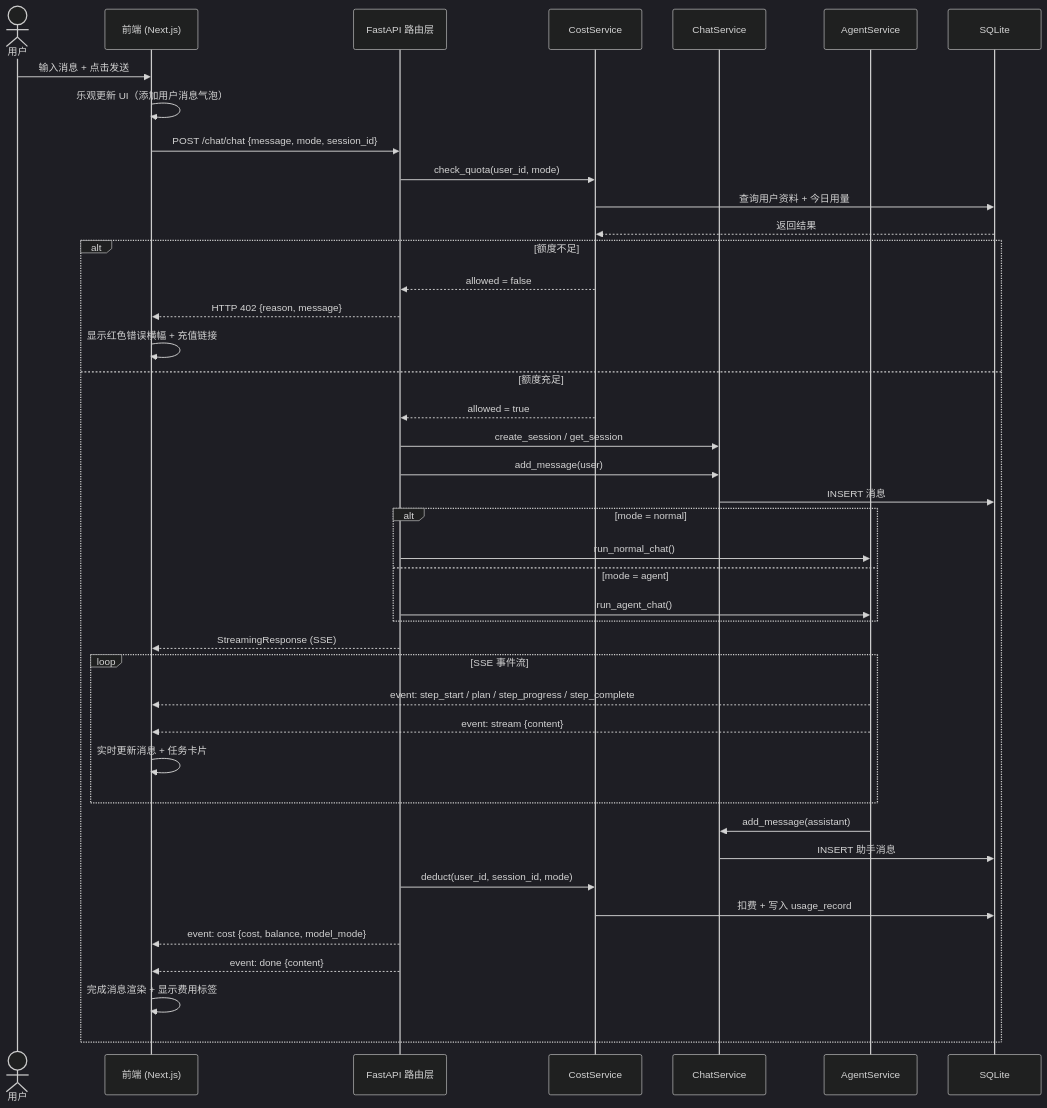
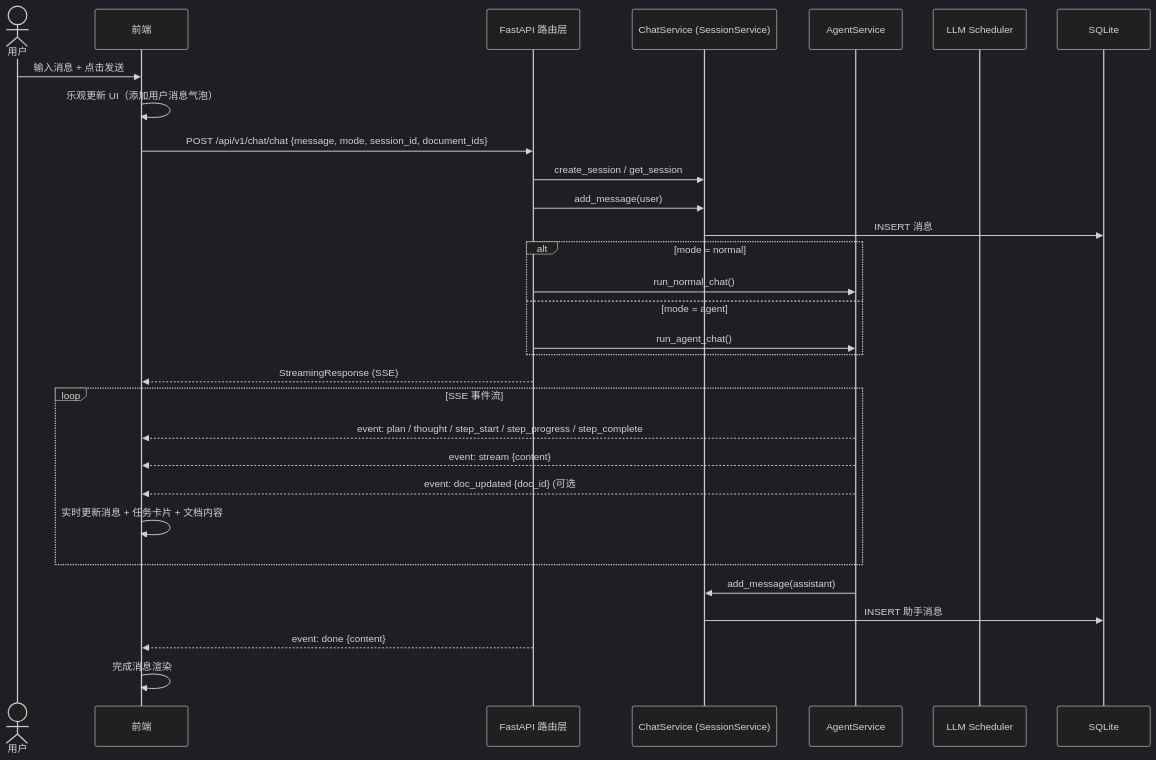
Before and after one commit to ji-xinpeng/Scholar-Agent: the fourth of 8 diagrams in docs/技术开发方案.md, drawn with Mermaid (dark theme). The commit also changed other lines of this file and 19 other files, not shown here.

````diff
--- a/docs/技术开发方案.md
+++ b/docs/技术开发方案.md
@@ -161,54 +377,41 @@
 ```mermaid
 sequenceDiagram
     actor User as 用户
     participant FE as 前端 (Next.js)
     participant API as FastAPI 路由层
-    participant Cost as CostService
-    participant Chat as ChatService
+    participant Chat as ChatService (SessionService)
     participant Agent as AgentService
+    participant LLM as LLM Scheduler
     participant DB as SQLite
+    participant FE as 前端
 
     User->>FE: 输入消息 + 点击发送
     FE->>FE: 乐观更新 UI（添加用户消息气泡）
 
-    FE->>API: POST /chat/chat {message, mode, session_id}
+    FE->>API: POST /api/v1/chat/chat {message, mode, session_id, document_ids}
 
-    API->>Cost: check_quota(user_id, mode)
-    Cost->>DB: 查询用户资料 + 今日用量
-    DB-->>Cost: 返回结果
+    API->>Chat: create_session / get_session
+    API->>Chat: add_message(user)
+    Chat->>DB: INSERT 消息
 
-    alt 额度不足
-        Cost-->>API: allowed = false
-        API-->>FE: HTTP 402 {reason, message}
-        FE->>FE: 显示红色错误横幅 + 充值链接
-    else 额度充足
-        Cost-->>API: allowed = true
-        API->>Chat: create_session / get_session
-        API->>Chat: add_message(user)
-        Chat->>DB: INSERT 消息
+    alt mode = normal
+        API->>Agent: run_normal_chat()
+    else mode = agent
+        API->>Agent: run_agent_chat()
+    end
 
-        alt mode = normal
-            API->>Agent: run_normal_chat()
-        else mode = agent
-            API->>Agent: run_agent_chat()
-        end
+    API-->>FE: StreamingResponse (SSE)
 
-        API-->>FE: StreamingResponse (SSE)
+    loop SSE 事件流
+        Agent-->>FE: event: plan / thought / step_start / step_progress / step_complete
+        Agent-->>FE: event: stream {content}
+        Agent-->>FE: event: doc_updated {doc_id} (可选
+        FE->>FE: 实时更新消息 + 任务卡片 + 文档内容
+    end
 
-        loop SSE 事件流
-            Agent-->>FE: event: step_start / plan / step_progress / step_complete
-            Agent-->>FE: event: stream {content}
-            FE->>FE: 实时更新消息 + 任务卡片
-        end
+    Agent->>Chat: add_message(assistant)
+    Chat->>DB: INSERT 助手消息
+    API-->>FE: event: done {content}
 
-        Agent->>Chat: add_message(assistant)
-        Chat->>DB: INSERT 助手消息
-
-        API->>Cost: deduct(user_id, session_id, mode)
-        Cost->>DB: 扣费 + 写入 usage_record
-        API-->>FE: event: cost {cost, balance, model_mode}
-        API-->>FE: event: done {content}
-
-        FE->>FE: 完成消息渲染 + 显示费用标签
-    end
+    FE->>FE: 完成消息渲染
 ```
````
